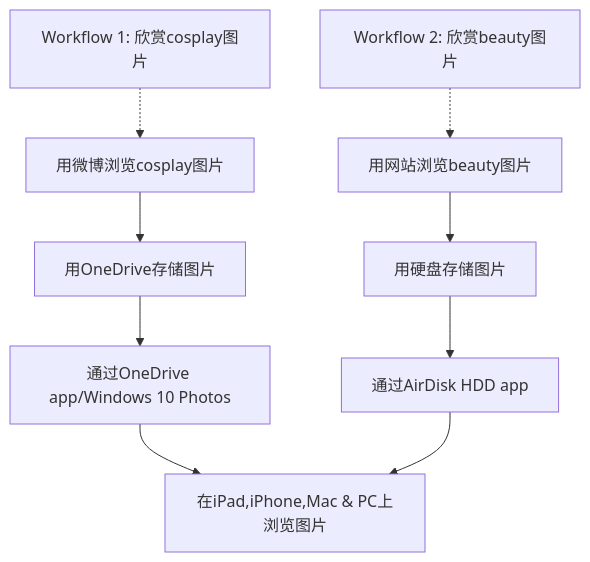
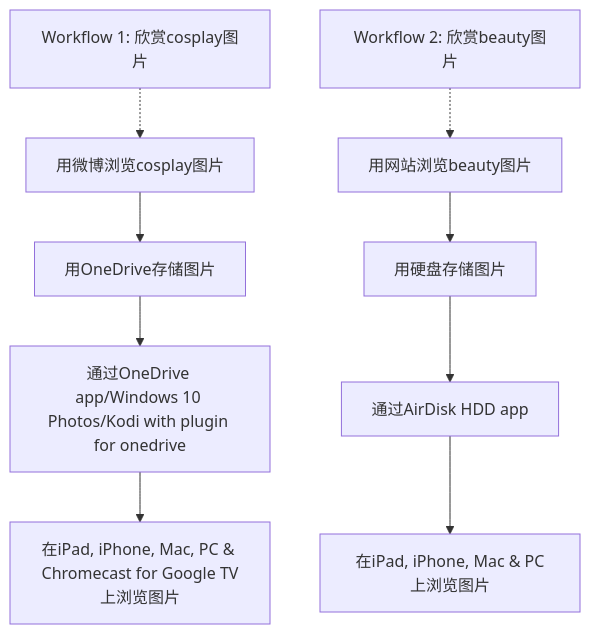
Before and after one commit to goooooouwa/writings: the diagram in _posts/productivity/2021-03-28-picture-viewing-setup.md, drawn with Mermaid. The commit also changed other lines of this file, not shown here.

````diff
--- a/_posts/productivity/2021-03-28-picture-viewing-setup.md
+++ b/_posts/productivity/2021-03-28-picture-viewing-setup.md
@@ -9,17 +9,17 @@
-```mermaid
+<div class="mermaid">
     graph TD
     T1[Workflow 1: 欣赏cosplay图片] -.-> A
 
     A[用微博浏览cosplay图片]
     A --> F[用OneDrive存储图片]
-    F --> B[通过OneDrive app/Windows 10 Photos]
-    B --> D[在iPad,iPhone,Mac & PC上浏览图片]
+    F --> B[通过OneDrive app/Windows 10 Photos/Kodi with plugin for onedrive]
+    B --> D[在iPad, iPhone, Mac, PC & Chromecast for Google TV上浏览图片]
 
 
     T2[Workflow 2: 欣赏beauty图片] -.-> G
 
     G[用网站浏览beauty图片]
     G --> H[用硬盘存储图片]
     H --> C[通过AirDisk HDD app]
-    C --> D
-```
+    C --> E[在iPad, iPhone, Mac & PC上浏览图片]
+</div>
````
